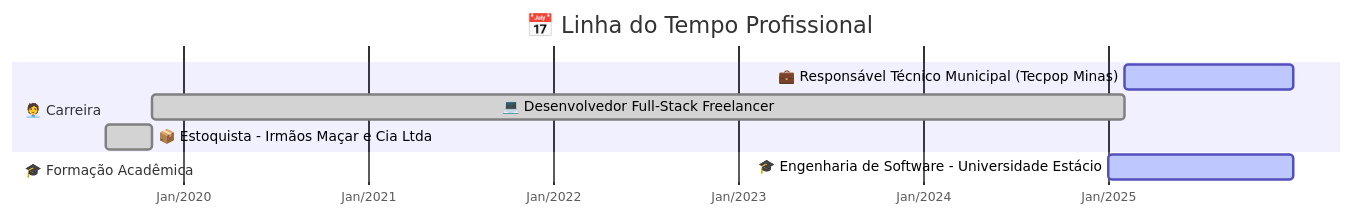
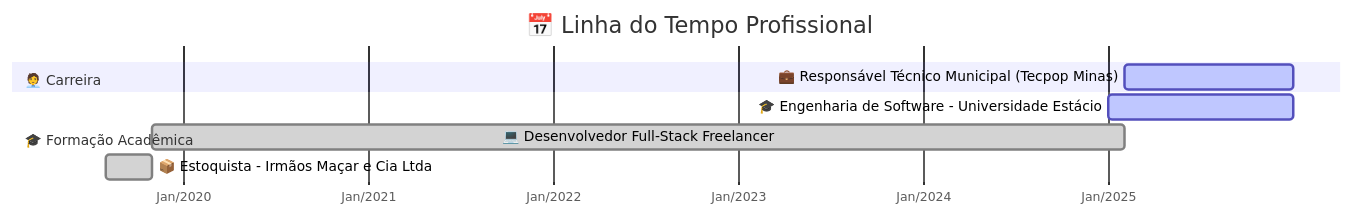
The second of 4 diagrams in README.md (AlesonPungirum/AlesonPungirum), drawn with Mermaid before and after one commit.

````diff
--- a/README.md
+++ b/README.md
@@ -135,16 +135,17 @@
 ```mermaid
 gantt
     title 📅 Linha do Tempo Profissional
     dateFormat  YYYY-MM-DD
     axisFormat  %b/%Y
 
     section 🧑‍💼 Carreira
     💼 Responsável Técnico Municipal (Tecpop Minas)     :active, 2025-02-01, 2025-12-31
+    section 🎓 Formação Acadêmica
+    🎓 Engenharia de Software - Universidade Estácio     :active, 2025-01-01, 2025-12-31
     💻 Desenvolvedor Full-Stack Freelancer              :done, 2019-11-01, 2025-02-01
     📦 Estoquista - Irmãos Maçar e Cia Ltda             :done, 2019-08-01, 2019-10-31
 
-    section 🎓 Formação Acadêmica
-    🎓 Engenharia de Software - Universidade Estácio     :active, 2025-01-01, 2025-12-31
+
 
 
 ```
````
